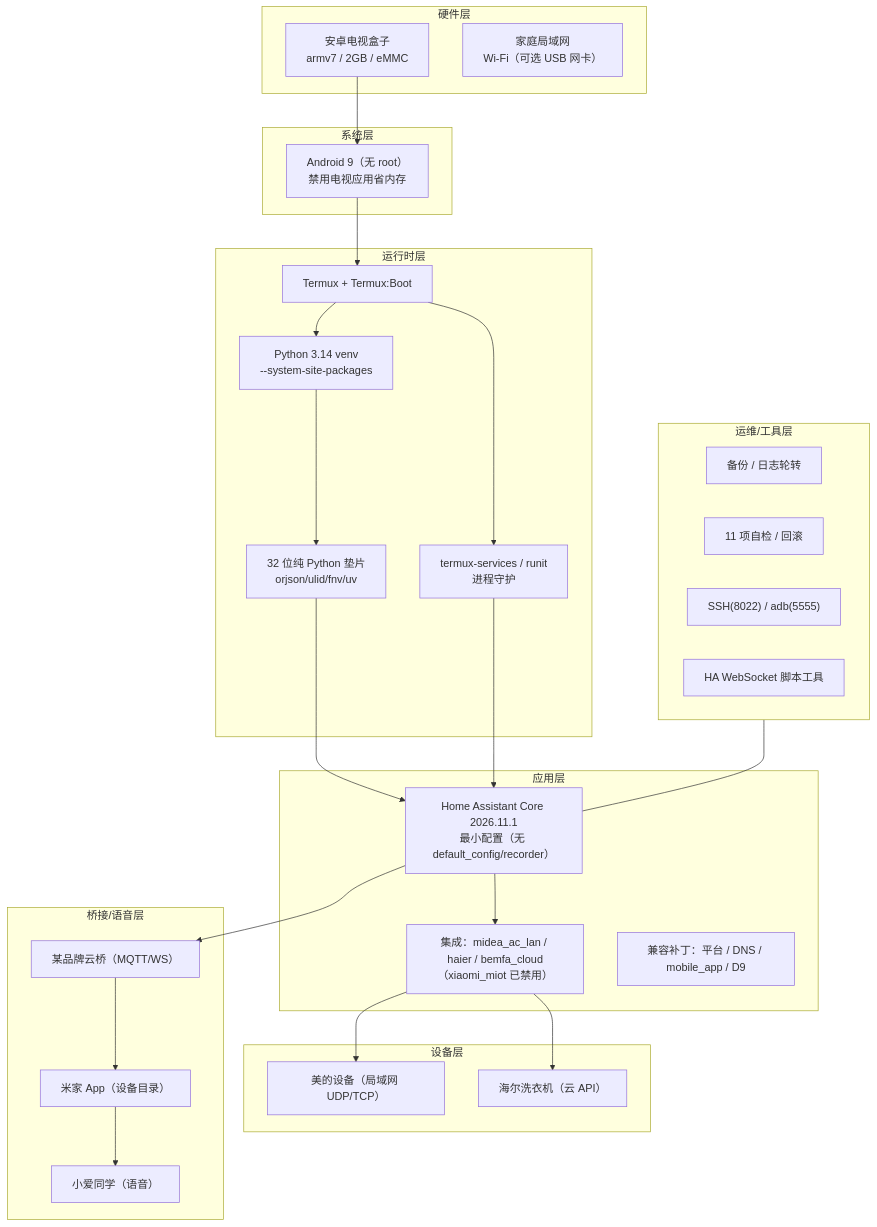
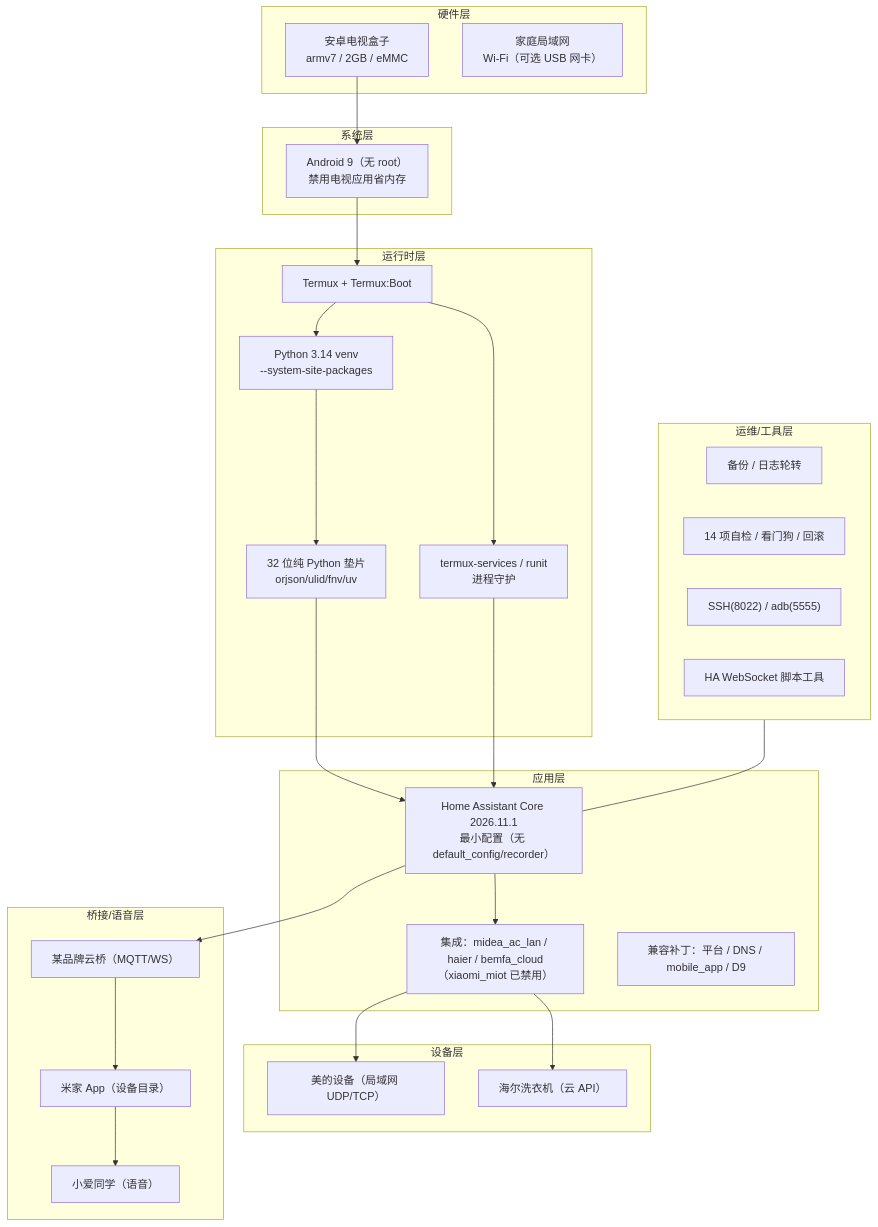
The diagram in docs/技术栈.md (VotaverUno/android-tv-box-home-assistant), drawn with Mermaid before and after one commit. The commit also changed other lines of this file and 11 other files, not shown here.

````diff
--- a/docs/技术栈.md
+++ b/docs/技术栈.md
@@ -10,45 +10,45 @@
 ```mermaid
 flowchart TB
     subgraph HW["硬件层"]
         BOX["安卓电视盒子<br/>armv7 / 2GB / eMMC"]
         NET["家庭局域网<br/>Wi-Fi（可选 USB 网卡）"]
     end
     subgraph OS["系统层"]
         AND["Android 9（无 root）<br/>禁用电视应用省内存"]
     end
     subgraph RUNTIME["运行时层"]
         TERMUX["Termux + Termux:Boot"]
         RUNIT["termux-services / runit<br/>进程守护"]
         PY["Python 3.14 venv<br/>--system-site-packages"]
         SHIM["32 位纯 Python 垫片<br/>orjson/ulid/fnv/uv"]
     end
     subgraph APP["应用层"]
         HA["Home Assistant Core 2026.11.1<br/>最小配置（无 default_config/recorder）"]
         INT["集成：midea_ac_lan / haier / bemfa_cloud<br/>（xiaomi_miot 已禁用）"]
         PATCH["兼容补丁：平台 / DNS / mobile_app / D9"]
     end
     subgraph DEV["设备层"]
         MIDEA["美的设备（局域网 UDP/TCP）"]
         HAIER["海尔洗衣机（云 API）"]
     end
     subgraph CLOUD["桥接/语音层"]
         BEMFA["某品牌云桥（MQTT/WS）"]
         MIHOME["米家 App（设备目录）"]
         XIAOAI["小爱同学（语音）"]
     end
     subgraph OPS["运维/工具层"]
         BACKUP["备份 / 日志轮转"]
-        SELFTEST["11 项自检 / 回滚"]
+        SELFTEST["14 项自检 / 看门狗 / 回滚"]
         SSH["SSH(8022) / adb(5555)"]
         WS["HA WebSocket 脚本工具"]
     end
     BOX --> AND --> TERMUX --> PY
     TERMUX --> RUNIT
     PY --> SHIM --> HA
     HA --> INT
     INT --> MIDEA
     INT --> HAIER
     HA --> BEMFA --> MIHOME --> XIAOAI
     RUNIT --> HA
     OPS --- HA
 ```
````
